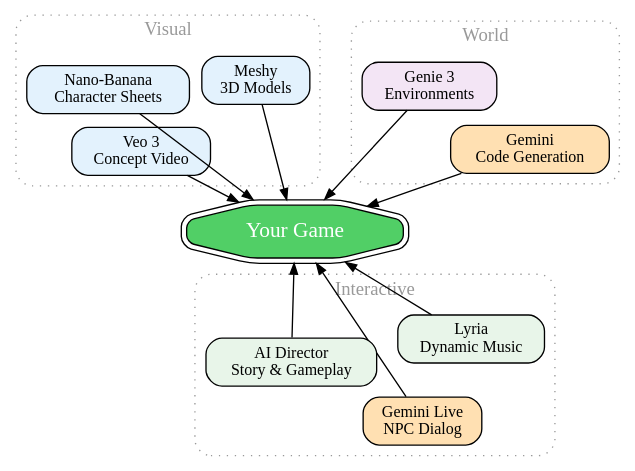
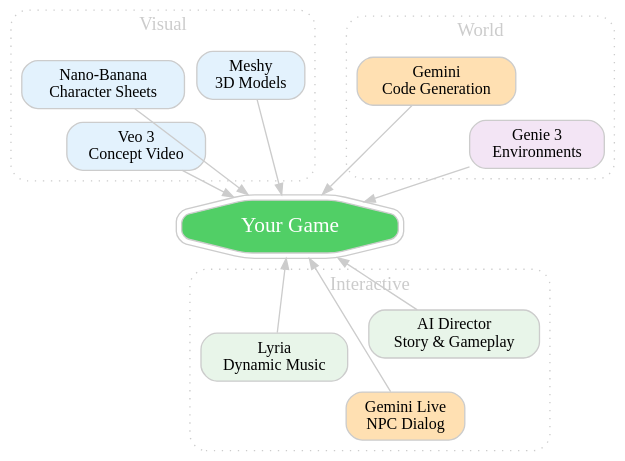
The diagram in startupcon/slides/public/orchestrator.dot (google-gemini/workshops), drawn with Graphviz before and after one commit. The commit also changed 1 other file, not shown here.

Commit message:
Make orchestrator diagram dark-theme compatible
- Added transparent background to Graphviz dot file to work with dark slides
- Updated edge and cluster border colors from #999999 to #cccccc for better
  visibility on dark backgrounds
- Set node border colors to match edges for visual consistency
- Regenerated SVG with the new styling to ensure proper rendering in the
  StartupCon presentation

```diff
--- a/startupcon/slides/public/orchestrator.dot
+++ b/startupcon/slides/public/orchestrator.dot
@@ -1,58 +1,60 @@
 digraph G {
     layout=fdp;
     size="8,6";
     ratio=compress;
-    node [shape=box, style="rounded,filled", fontsize=12];
-    edge [arrowsize=0.8];
+    bgcolor="transparent";
+    node [shape=box, style="rounded,filled", fontsize=12, fontcolor="black", color="#cccccc"];
+    edge [arrowsize=0.8, color="#cccccc"];
+    graph [fontcolor="white"];
     
     // Visual & Creative cluster
     subgraph cluster_visual {
         label="Visual";
         style="rounded,dotted";
         bgcolor="transparent";
-        color="#999999";
-        fontcolor="#999999";
+        color="#cccccc";
+        fontcolor="#cccccc";
         fontsize=14;
         veo [label="Veo 3\nConcept Video", fillcolor="#e3f2fd"];
         nano [label="Nano-Banana\nCharacter Sheets", fillcolor="#e3f2fd"];
         meshy [label="Meshy\n3D Models", fillcolor="#e3f2fd"];
     }
     
     // World & Environment cluster
     subgraph cluster_world {
         label="World";
         style="rounded,dotted";
         bgcolor="transparent";
-        color="#999999";
-        fontcolor="#999999";
+        color="#cccccc";
+        fontcolor="#cccccc";
         fontsize=14;
         genie [label="Genie 3\nEnvironments", fillcolor="#f3e5f5"];
         gemini_code [label="Gemini\nCode Generation", fillcolor="#ffe0b2"];
     }
     
     // Interactive Elements cluster
     subgraph cluster_interactive {
         label="Interactive";
         style="rounded,dotted";
         bgcolor="transparent";
-        color="#999999";
-        fontcolor="#999999";
+        color="#cccccc";
+        fontcolor="#cccccc";
         fontsize=14;
         lyria [label="Lyria\nDynamic Music", fillcolor="#e8f5e9"];
         gemini [label="Gemini Live\nNPC Dialog", fillcolor="#ffe0b2"];
         director [label="AI Director\nStory & Gameplay", fillcolor="#e8f5e9"];
     }
     
     // Game output - central
     game [label="Your Game", fillcolor="#51cf66", fontcolor="white", shape=doubleoctagon, fontsize=16];
     
     // Edges from services to game
     veo -> game;
     nano -> game;
     meshy -> game;
     genie -> game;
     lyria -> game;
     gemini -> game;
     gemini_code -> game;
     director -> game;
 }
```
